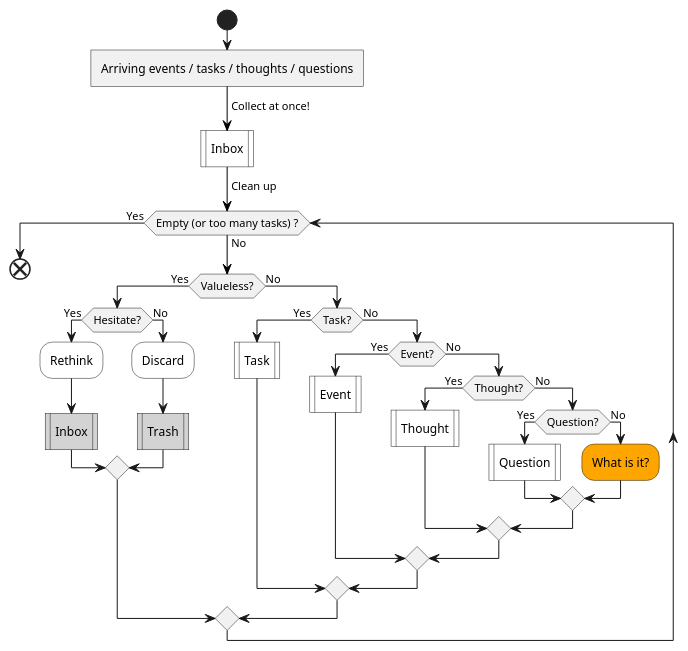
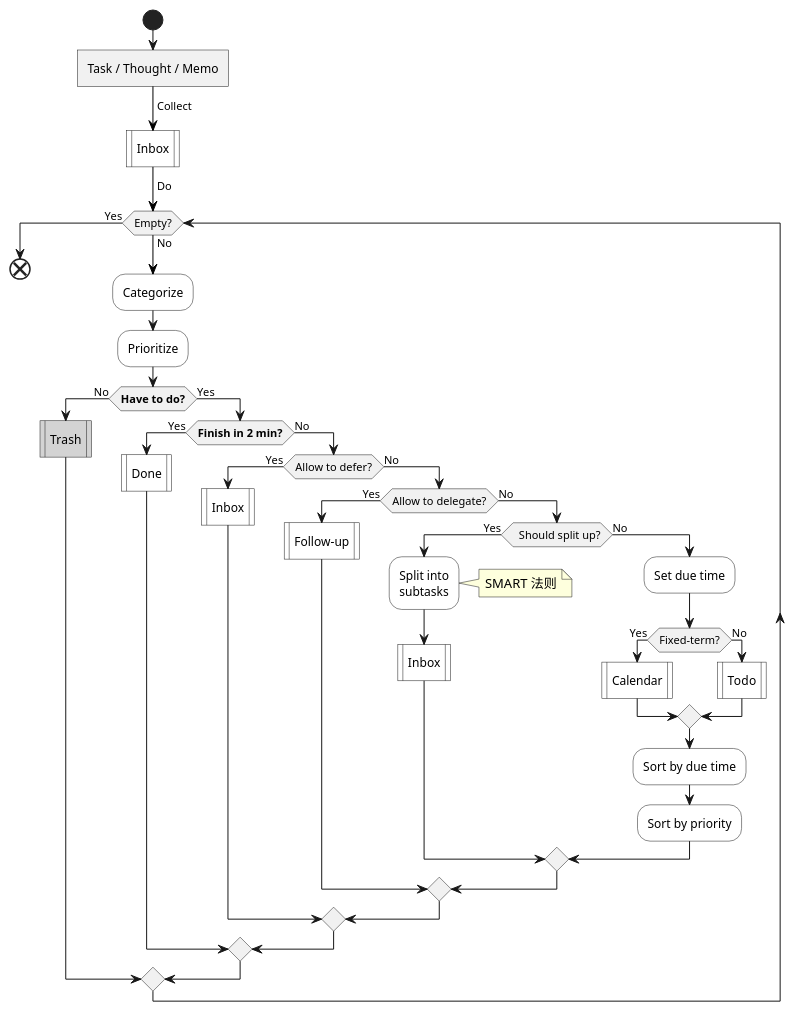
Before and after one commit to IceHe/icehe-lib: the first of 9 diagrams in snips/principles/gtd.md, drawn with PlantUML. The commit also changed other lines of this file and 1 other file, not shown here.

````diff
--- a/snips/principles/gtd.md
+++ b/snips/principles/gtd.md
@@ -27,39 +9,44 @@
 ```plantuml
 @startuml
 start
-:Arriving events / tasks / thoughts / questions]
--[#black]-> Collect at once!;
+:Task / Thought / Memo]
+-[#black]-> Collect;
 #white:Inbox|
--[#black]-> Clean up;
-while (Empty (or too many tasks) ?) is (No)
-    if (Valueless?) then (Yes)
-        if (Hesitate?) then (Yes)
-            #white:Rethink;
-            #lightGray:Inbox|
+-[#black]-> Do;
+while (Empty?) is (No)
+    #white:Categorize;
+    #white:Prioritize;
+    if (**Have to do?**) then (No)
+        #lightGray:Trash|
+    else (Yes)
+        if (**Finish in 2 min?**) then (Yes)
+            #white:Done|
         else (No)
-            #white:Discard;
-            #lightGray:Trash|
-        endif
-    else (No)
-        if (Task?) then (Yes)
-            #white:Task|
-        else (No)
-            if (Event?) then (Yes)
-                #white:Event|
+            if (Allow to defer?) then (Yes)
+                #white:Inbox|
             else (No)
-                if (Thought?) then (Yes)
-                    #white:Thought|
+                if (Allow to delegate?) then (Yes)
+                    #white:Follow-up|
                 else (No)
-                    if (Question?) then (Yes)
-                        #white:Question|
+                    if (  Should split up?) then (Yes)
+                        #white:Split into\nsubtasks;
+                        note right : SMART 法则
+                        #white:Inbox|
                     else (No)
-                        #orange:What is it?;
+                        #white:Set due time;
+                        if (Fixed-term?) then (Yes)
+                            #white:Calendar|
+                        else (No)
+                            #white:Todo|
+                        endif
+                        #white:Sort by due time;
+                        #white:Sort by priority;
                     endif
                 endif
             endif
         endif
     endif
 endwhile (Yes)
 end
 @enduml
 ```
````
